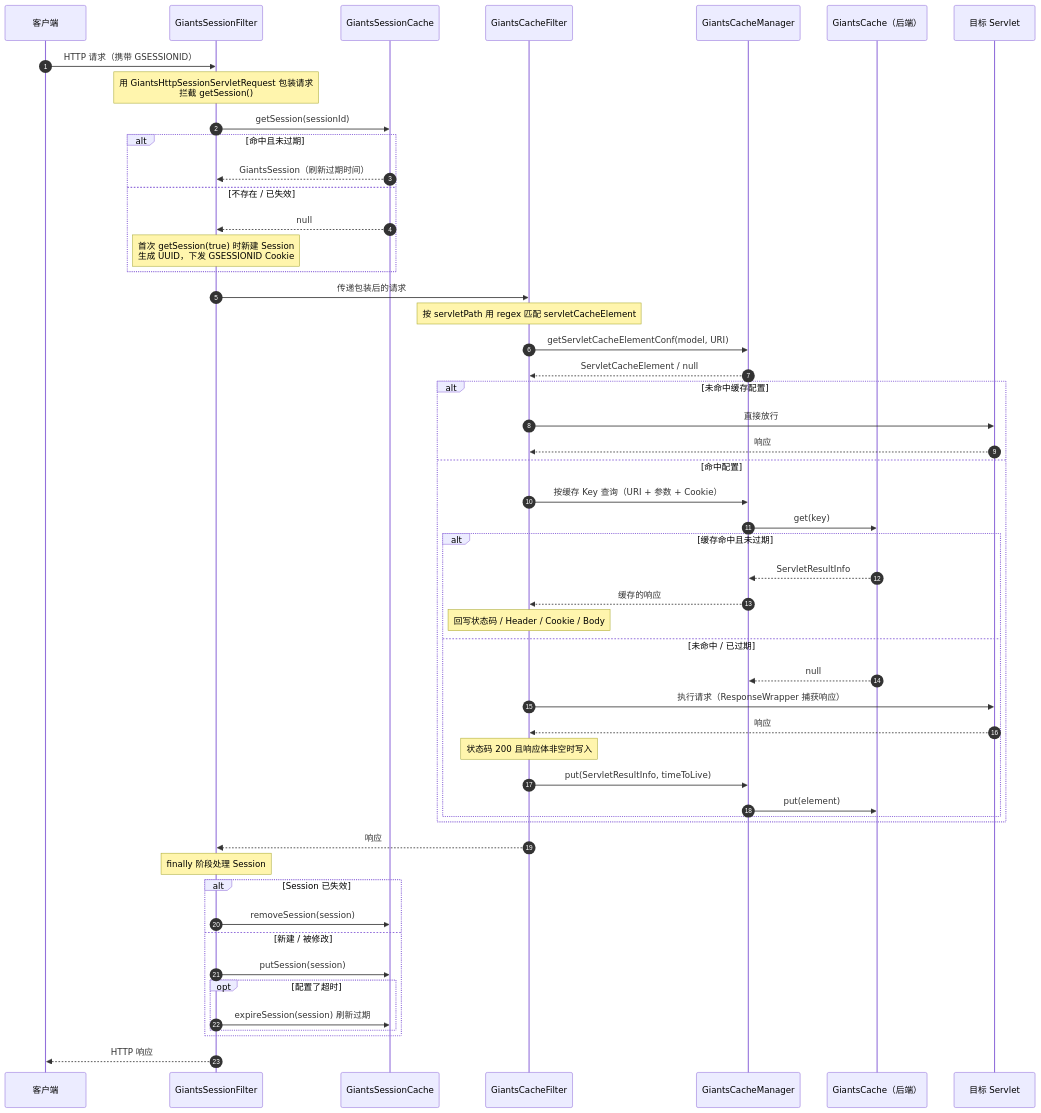
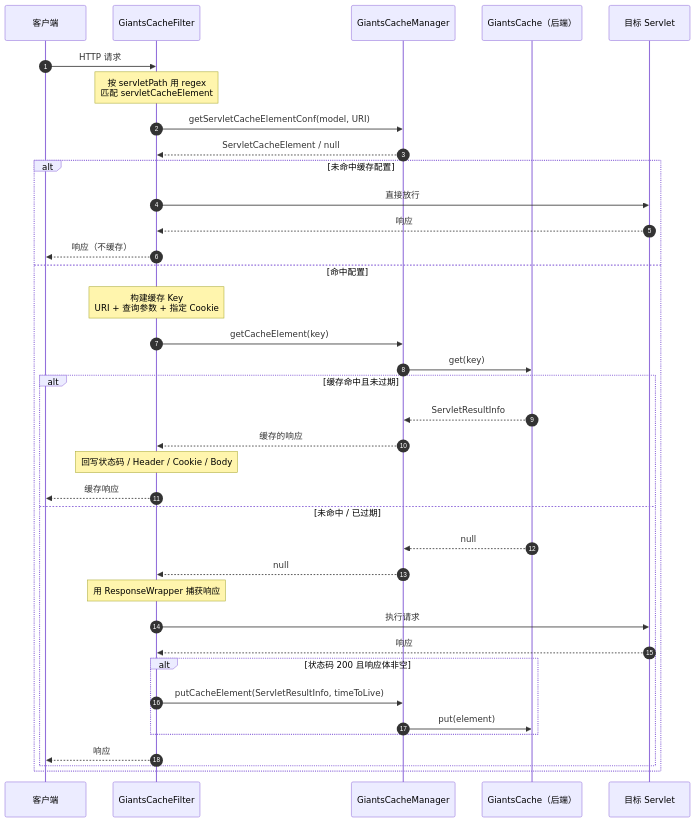
Before and after one commit to vencent-lu/giants-cache: the second of 3 diagrams in docs/USER_GUIDE.md, drawn with Mermaid. The commit also changed other lines of this file, not shown here.

Commit message:
使用手册增加架构图

````diff
--- a/docs/USER_GUIDE.md
+++ b/docs/USER_GUIDE.md
@@ -627,59 +406,41 @@
 ```mermaid
 sequenceDiagram
     autonumber
     participant C as 客户端
-    participant SF as GiantsSessionFilter
-    participant SC as GiantsSessionCache
     participant CF as GiantsCacheFilter
     participant M as GiantsCacheManager
     participant GC as GiantsCache（后端）
     participant S as 目标 Servlet
 
-    C->>SF: HTTP 请求（携带 GSESSIONID）
-    Note over SF: 用 GiantsHttpSessionServletRequest 包装请求<br/>拦截 getSession()
-    SF->>SC: getSession(sessionId)
-    alt 命中且未过期
-        SC-->>SF: GiantsSession（刷新过期时间）
-    else 不存在 / 已失效
-        SC-->>SF: null
-        Note over SF: 首次 getSession(true) 时新建 Session<br/>生成 UUID，下发 GSESSIONID Cookie
-    end
-
-    SF->>CF: 传递包装后的请求
-
-    Note over CF: 按 servletPath 用 regex 匹配 servletCacheElement
+    C->>CF: HTTP 请求
+    Note over CF: 按 servletPath 用 regex<br/>匹配 servletCacheElement
     CF->>M: getServletCacheElementConf(model, URI)
     M-->>CF: ServletCacheElement / null
 
     alt 未命中缓存配置
         CF->>S: 直接放行
         S-->>CF: 响应
+        CF-->>C: 响应（不缓存）
     else 命中配置
-        CF->>M: 按缓存 Key 查询（URI + 参数 + Cookie）
+        Note over CF: 构建缓存 Key<br/>URI + 查询参数 + 指定 Cookie
+        CF->>M: getCacheElement(key)
         M->>GC: get(key)
         alt 缓存命中且未过期
             GC-->>M: ServletResultInfo
             M-->>CF: 缓存的响应
             Note over CF: 回写状态码 / Header / Cookie / Body
+            CF-->>C: 缓存响应
         else 未命中 / 已过期
             GC-->>M: null
-            CF->>S: 执行请求（ResponseWrapper 捕获响应）
+            M-->>CF: null
+            Note over CF: 用 ResponseWrapper 捕获响应
+            CF->>S: 执行请求
             S-->>CF: 响应
-            Note over CF: 状态码 200 且响应体非空时写入
-            CF->>M: put(ServletResultInfo, timeToLive)
-            M->>GC: put(element)
+            alt 状态码 200 且响应体非空
+                CF->>M: putCacheElement(ServletResultInfo, timeToLive)
+                M->>GC: put(element)
+            end
+            CF-->>C: 响应
         end
     end
-
-    CF-->>SF: 响应
-    Note over SF: finally 阶段处理 Session
-    alt Session 已失效
-        SF->>SC: removeSession(session)
-    else 新建 / 被修改
-        SF->>SC: putSession(session)
-        opt 配置了超时
-            SF->>SC: expireSession(session) 刷新过期
-        end
-    end
-    SF-->>C: HTTP 响应
 ```
````
